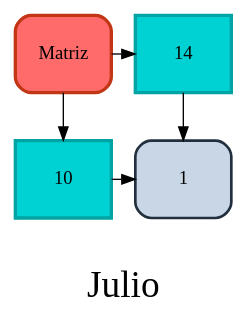
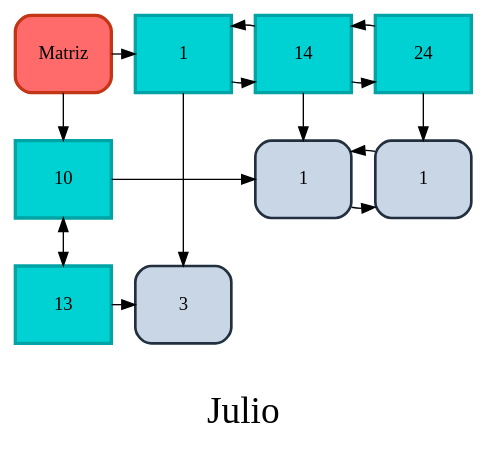
One commit to DanielDubonDR/EDD_SmartClass_201901772 changed the diagram in Fase_2/Archivos_dot/Dispersa.dot. Above: the diagram before and after it, drawn with Graphviz. The commit also changed 3 other files, not shown here.

```diff
--- a/Fase_2/Archivos_dot/Dispersa.dot
+++ b/Fase_2/Archivos_dot/Dispersa.dot
@@ -1,18 +1,34 @@
 
         digraph G {
         label="\nJulio" fontsize=28;
         node [shape=box, height=0.8];
         Head[ label = "Matriz", width = 1, style = "filled, rounded" fillcolor = "#ff6b6b", color="#c23616" group = 1 penwidth=2.5];
         
 		F10 [label = "10"   width = 1 style = filled, fillcolor = "#00d2d3", color="#01a3a4" penwidth=2.5 group = 1 ];
+		F13 [label = "13"   width = 1 style = filled, fillcolor = "#00d2d3", color="#01a3a4" penwidth=2.5 group = 1 ];
 		edge[dir="both"];
+		F10 -> F13;
 		edge[dir="forward"];
+		C1 [label = "1"   width = 1 style = filled, fillcolor = "#00d2d3", color="#01a3a4" penwidth=2.5 group = 1 ];
 		C14 [label = "14"   width = 1 style = filled, fillcolor = "#00d2d3", color="#01a3a4" penwidth=2.5 group = 14 ];
+		C24 [label = "24"   width = 1 style = filled, fillcolor = "#00d2d3", color="#01a3a4" penwidth=2.5 group = 24 ];
+		C1 -> C14;
+		C14 -> C1;
+		C14 -> C24;
+		C24 -> C14;
 		Head -> F10; 
-		Head -> C14;
-		{ rank = same; Head;C14; }
+		Head -> C1;
+		{ rank = same; Head;C1; C14; C24; }
 		N10_L14 [label = "1" width = 1, style="filled, rounded" fillcolor="#c8d6e5" color="#222f3e" penwidth=2 group = 14 ];
 		F10 -> N10_L14;
-		{ rank = same; F10; N10_L14; }
+		N10_L14-> N10_L24;
+		N10_L24-> N10_L14;
+		N10_L24 [label = "1" width = 1, style="filled, rounded" fillcolor="#c8d6e5" color="#222f3e" penwidth=2 group = 24 ];
+		N13_L1 [label = "3" width = 1, style="filled, rounded" fillcolor="#c8d6e5" color="#222f3e" penwidth=2 group = 1 ];
+		F13 -> N13_L1;
+		{ rank = same; F10; N10_L14; N10_L24; }
+		{ rank = same; F13; N13_L1; }
+		C1 -> N13_L1;
 		C14 -> N10_L14;
+		C24 -> N10_L24;
 }
```
